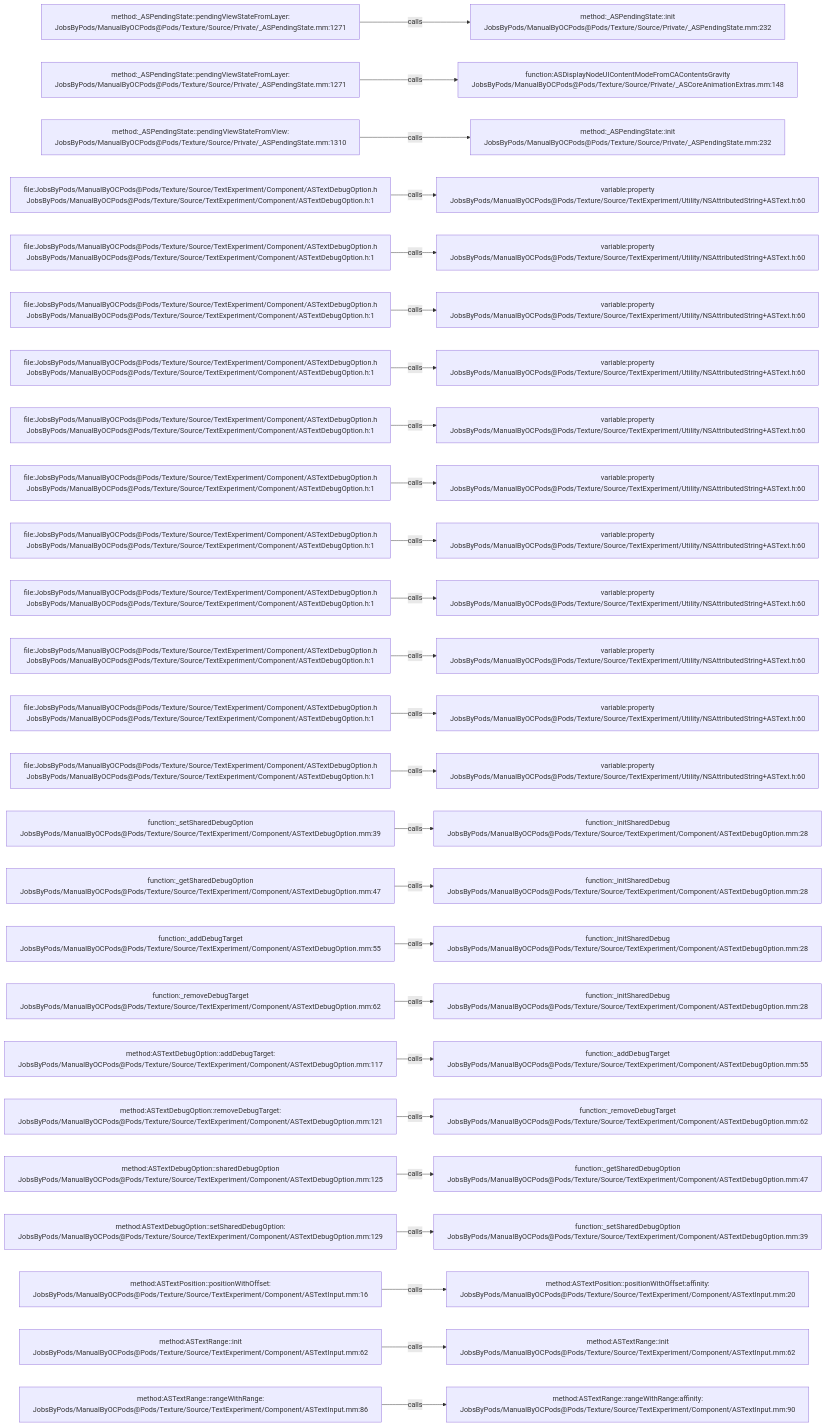
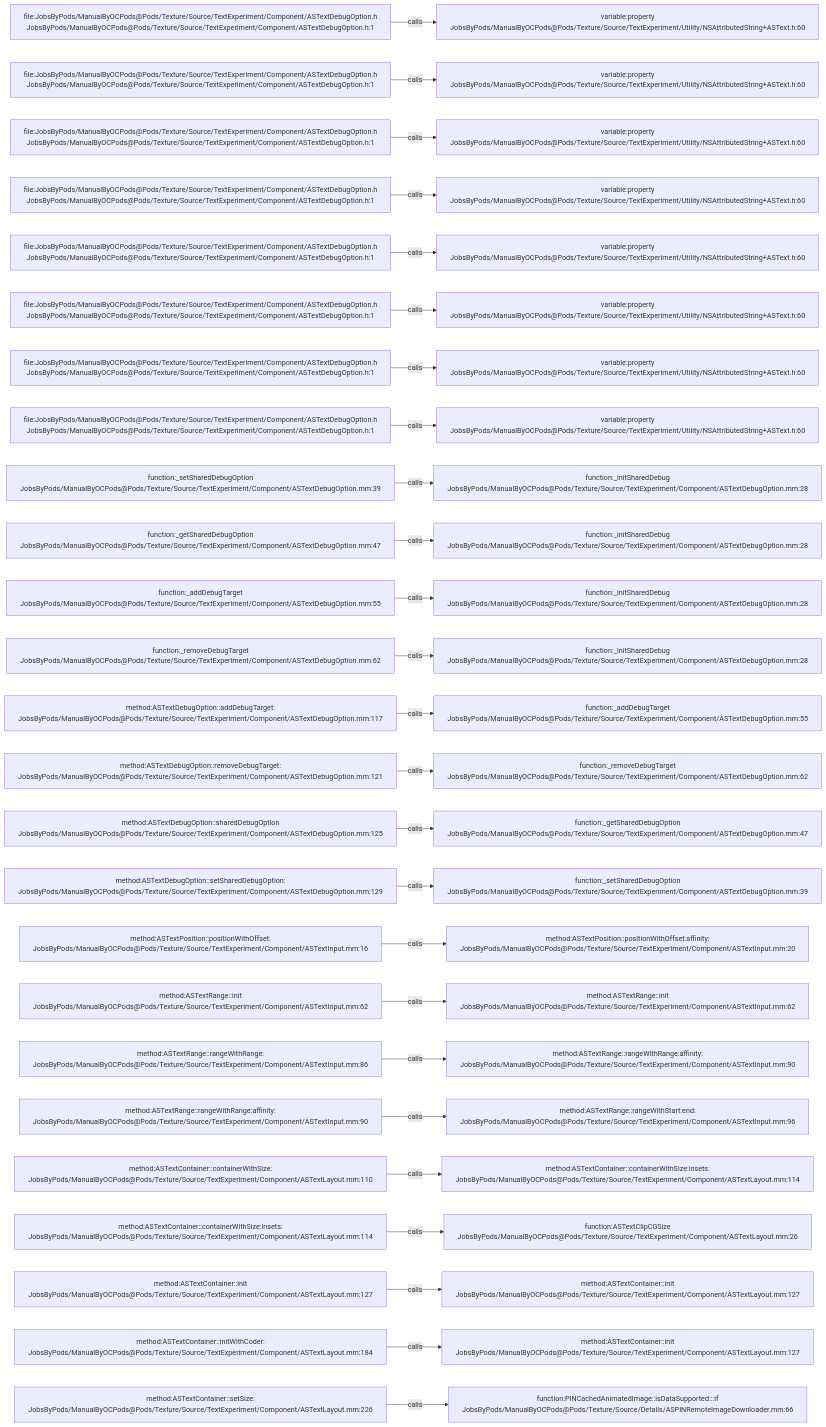
One commit to JobsKits/JobsOCBaseConfigDemo changed the diagram in .codegraph/codegraph.md/graphs/calls-192.md. Above: the diagram before and after it, drawn with Mermaid. The commit also changed 666 other files, not shown here.

````diff
--- a/.codegraph/codegraph.md/graphs/calls-192.md
+++ b/.codegraph/codegraph.md/graphs/calls-192.md
@@ -13,78 +13,78 @@
 ```mermaid
 flowchart LR
-  S1["method:_ASPendingState::pendingViewStateFromLayer:<br/>JobsByPods/ManualByOCPods@Pods/Texture/Source/Private/_ASPendingState.mm:1271"]
-  T1["method:_ASPendingState::init<br/>JobsByPods/ManualByOCPods@Pods/Texture/Source/Private/_ASPendingState.mm:232"]
+  S1["file:JobsByPods/ManualByOCPods@Pods/Texture/Source/TextExperiment/Component/ASTextDebugOption.h<br/>JobsByPods/ManualByOCPods@Pods/Texture/Source/TextExperiment/Component/ASTextDebugOption.h:1"]
+  T1["variable:property<br/>JobsByPods/ManualByOCPods@Pods/Texture/Source/TextExperiment/Utility/NSAttributedString+ASText.h:60"]
   S1 -->|calls| T1
-  S2["method:_ASPendingState::pendingViewStateFromLayer:<br/>JobsByPods/ManualByOCPods@Pods/Texture/Source/Private/_ASPendingState.mm:1271"]
-  T2["function:ASDisplayNodeUIContentModeFromCAContentsGravity<br/>JobsByPods/ManualByOCPods@Pods/Texture/Source/Private/_ASCoreAnimationExtras.mm:148"]
+  S2["file:JobsByPods/ManualByOCPods@Pods/Texture/Source/TextExperiment/Component/ASTextDebugOption.h<br/>JobsByPods/ManualByOCPods@Pods/Texture/Source/TextExperiment/Component/ASTextDebugOption.h:1"]
+  T2["variable:property<br/>JobsByPods/ManualByOCPods@Pods/Texture/Source/TextExperiment/Utility/NSAttributedString+ASText.h:60"]
   S2 -->|calls| T2
-  S3["method:_ASPendingState::pendingViewStateFromView:<br/>JobsByPods/ManualByOCPods@Pods/Texture/Source/Private/_ASPendingState.mm:1310"]
-  T3["method:_ASPendingState::init<br/>JobsByPods/ManualByOCPods@Pods/Texture/Source/Private/_ASPendingState.mm:232"]
+  S3["file:JobsByPods/ManualByOCPods@Pods/Texture/Source/TextExperiment/Component/ASTextDebugOption.h<br/>JobsByPods/ManualByOCPods@Pods/Texture/Source/TextExperiment/Component/ASTextDebugOption.h:1"]
+  T3["variable:property<br/>JobsByPods/ManualByOCPods@Pods/Texture/Source/TextExperiment/Utility/NSAttributedString+ASText.h:60"]
   S3 -->|calls| T3
   S4["file:JobsByPods/ManualByOCPods@Pods/Texture/Source/TextExperiment/Component/ASTextDebugOption.h<br/>JobsByPods/ManualByOCPods@Pods/Texture/Source/TextExperiment/Component/ASTextDebugOption.h:1"]
   T4["variable:property<br/>JobsByPods/ManualByOCPods@Pods/Texture/Source/TextExperiment/Utility/NSAttributedString+ASText.h:60"]
   S4 -->|calls| T4
   S5["file:JobsByPods/ManualByOCPods@Pods/Texture/Source/TextExperiment/Component/ASTextDebugOption.h<br/>JobsByPods/ManualByOCPods@Pods/Texture/Source/TextExperiment/Component/ASTextDebugOption.h:1"]
   T5["variable:property<br/>JobsByPods/ManualByOCPods@Pods/Texture/Source/TextExperiment/Utility/NSAttributedString+ASText.h:60"]
   S5 -->|calls| T5
   S6["file:JobsByPods/ManualByOCPods@Pods/Texture/Source/TextExperiment/Component/ASTextDebugOption.h<br/>JobsByPods/ManualByOCPods@Pods/Texture/Source/TextExperiment/Component/ASTextDebugOption.h:1"]
   T6["variable:property<br/>JobsByPods/ManualByOCPods@Pods/Texture/Source/TextExperiment/Utility/NSAttributedString+ASText.h:60"]
   S6 -->|calls| T6
   S7["file:JobsByPods/ManualByOCPods@Pods/Texture/Source/TextExperiment/Component/ASTextDebugOption.h<br/>JobsByPods/ManualByOCPods@Pods/Texture/Source/TextExperiment/Component/ASTextDebugOption.h:1"]
   T7["variable:property<br/>JobsByPods/ManualByOCPods@Pods/Texture/Source/TextExperiment/Utility/NSAttributedString+ASText.h:60"]
   S7 -->|calls| T7
   S8["file:JobsByPods/ManualByOCPods@Pods/Texture/Source/TextExperiment/Component/ASTextDebugOption.h<br/>JobsByPods/ManualByOCPods@Pods/Texture/Source/TextExperiment/Component/ASTextDebugOption.h:1"]
   T8["variable:property<br/>JobsByPods/ManualByOCPods@Pods/Texture/Source/TextExperiment/Utility/NSAttributedString+ASText.h:60"]
   S8 -->|calls| T8
-  S9["file:JobsByPods/ManualByOCPods@Pods/Texture/Source/TextExperiment/Component/ASTextDebugOption.h<br/>JobsByPods/ManualByOCPods@Pods/Texture/Source/TextExperiment/Component/ASTextDebugOption.h:1"]
-  T9["variable:property<br/>JobsByPods/ManualByOCPods@Pods/Texture/Source/TextExperiment/Utility/NSAttributedString+ASText.h:60"]
+  S9["function:_setSharedDebugOption<br/>JobsByPods/ManualByOCPods@Pods/Texture/Source/TextExperiment/Component/ASTextDebugOption.mm:39"]
+  T9["function:_initSharedDebug<br/>JobsByPods/ManualByOCPods@Pods/Texture/Source/TextExperiment/Component/ASTextDebugOption.mm:28"]
   S9 -->|calls| T9
-  S10["file:JobsByPods/ManualByOCPods@Pods/Texture/Source/TextExperiment/Component/ASTextDebugOption.h<br/>JobsByPods/ManualByOCPods@Pods/Texture/Source/TextExperiment/Component/ASTextDebugOption.h:1"]
-  T10["variable:property<br/>JobsByPods/ManualByOCPods@Pods/Texture/Source/TextExperiment/Utility/NSAttributedString+ASText.h:60"]
+  S10["function:_getSharedDebugOption<br/>JobsByPods/ManualByOCPods@Pods/Texture/Source/TextExperiment/Component/ASTextDebugOption.mm:47"]
+  T10["function:_initSharedDebug<br/>JobsByPods/ManualByOCPods@Pods/Texture/Source/TextExperiment/Component/ASTextDebugOption.mm:28"]
   S10 -->|calls| T10
-  S11["file:JobsByPods/ManualByOCPods@Pods/Texture/Source/TextExperiment/Component/ASTextDebugOption.h<br/>JobsByPods/ManualByOCPods@Pods/Texture/Source/TextExperiment/Component/ASTextDebugOption.h:1"]
-  T11["variable:property<br/>JobsByPods/ManualByOCPods@Pods/Texture/Source/TextExperiment/Utility/NSAttributedString+ASText.h:60"]
+  S11["function:_addDebugTarget<br/>JobsByPods/ManualByOCPods@Pods/Texture/Source/TextExperiment/Component/ASTextDebugOption.mm:55"]
+  T11["function:_initSharedDebug<br/>JobsByPods/ManualByOCPods@Pods/Texture/Source/TextExperiment/Component/ASTextDebugOption.mm:28"]
   S11 -->|calls| T11
-  S12["file:JobsByPods/ManualByOCPods@Pods/Texture/Source/TextExperiment/Component/ASTextDebugOption.h<br/>JobsByPods/ManualByOCPods@Pods/Texture/Source/TextExperiment/Component/ASTextDebugOption.h:1"]
-  T12["variable:property<br/>JobsByPods/ManualByOCPods@Pods/Texture/Source/TextExperiment/Utility/NSAttributedString+ASText.h:60"]
+  S12["function:_removeDebugTarget<br/>JobsByPods/ManualByOCPods@Pods/Texture/Source/TextExperiment/Component/ASTextDebugOption.mm:62"]
+  T12["function:_initSharedDebug<br/>JobsByPods/ManualByOCPods@Pods/Texture/Source/TextExperiment/Component/ASTextDebugOption.mm:28"]
   S12 -->|calls| T12
-  S13["file:JobsByPods/ManualByOCPods@Pods/Texture/Source/TextExperiment/Component/ASTextDebugOption.h<br/>JobsByPods/ManualByOCPods@Pods/Texture/Source/TextExperiment/Component/ASTextDebugOption.h:1"]
-  T13["variable:property<br/>JobsByPods/ManualByOCPods@Pods/Texture/Source/TextExperiment/Utility/NSAttributedString+ASText.h:60"]
+  S13["method:ASTextDebugOption::addDebugTarget:<br/>JobsByPods/ManualByOCPods@Pods/Texture/Source/TextExperiment/Component/ASTextDebugOption.mm:117"]
+  T13["function:_addDebugTarget<br/>JobsByPods/ManualByOCPods@Pods/Texture/Source/TextExperiment/Component/ASTextDebugOption.mm:55"]
   S13 -->|calls| T13
-  S14["file:JobsByPods/ManualByOCPods@Pods/Texture/Source/TextExperiment/Component/ASTextDebugOption.h<br/>JobsByPods/ManualByOCPods@Pods/Texture/Source/TextExperiment/Component/ASTextDebugOption.h:1"]
-  T14["variable:property<br/>JobsByPods/ManualByOCPods@Pods/Texture/Source/TextExperiment/Utility/NSAttributedString+ASText.h:60"]
+  S14["method:ASTextDebugOption::removeDebugTarget:<br/>JobsByPods/ManualByOCPods@Pods/Texture/Source/TextExperiment/Component/ASTextDebugOption.mm:121"]
+  T14["function:_removeDebugTarget<br/>JobsByPods/ManualByOCPods@Pods/Texture/Source/TextExperiment/Component/ASTextDebugOption.mm:62"]
   S14 -->|calls| T14
-  S15["function:_setSharedDebugOption<br/>JobsByPods/ManualByOCPods@Pods/Texture/Source/TextExperiment/Component/ASTextDebugOption.mm:39"]
-  T15["function:_initSharedDebug<br/>JobsByPods/ManualByOCPods@Pods/Texture/Source/TextExperiment/Component/ASTextDebugOption.mm:28"]
+  S15["method:ASTextDebugOption::sharedDebugOption<br/>JobsByPods/ManualByOCPods@Pods/Texture/Source/TextExperiment/Component/ASTextDebugOption.mm:125"]
+  T15["function:_getSharedDebugOption<br/>JobsByPods/ManualByOCPods@Pods/Texture/Source/TextExperiment/Component/ASTextDebugOption.mm:47"]
   S15 -->|calls| T15
-  S16["function:_getSharedDebugOption<br/>JobsByPods/ManualByOCPods@Pods/Texture/Source/TextExperiment/Component/ASTextDebugOption.mm:47"]
-  T16["function:_initSharedDebug<br/>JobsByPods/ManualByOCPods@Pods/Texture/Source/TextExperiment/Component/ASTextDebugOption.mm:28"]
+  S16["method:ASTextDebugOption::setSharedDebugOption:<br/>JobsByPods/ManualByOCPods@Pods/Texture/Source/TextExperiment/Component/ASTextDebugOption.mm:129"]
+  T16["function:_setSharedDebugOption<br/>JobsByPods/ManualByOCPods@Pods/Texture/Source/TextExperiment/Component/ASTextDebugOption.mm:39"]
   S16 -->|calls| T16
-  S17["function:_addDebugTarget<br/>JobsByPods/ManualByOCPods@Pods/Texture/Source/TextExperiment/Component/ASTextDebugOption.mm:55"]
-  T17["function:_initSharedDebug<br/>JobsByPods/ManualByOCPods@Pods/Texture/Source/TextExperiment/Component/ASTextDebugOption.mm:28"]
+  S17["method:ASTextPosition::positionWithOffset:<br/>JobsByPods/ManualByOCPods@Pods/Texture/Source/TextExperiment/Component/ASTextInput.mm:16"]
+  T17["method:ASTextPosition::positionWithOffset:affinity:<br/>JobsByPods/ManualByOCPods@Pods/Texture/Source/TextExperiment/Component/ASTextInput.mm:20"]
   S17 -->|calls| T17
-  S18["function:_removeDebugTarget<br/>JobsByPods/ManualByOCPods@Pods/Texture/Source/TextExperiment/Component/ASTextDebugOption.mm:62"]
-  T18["function:_initSharedDebug<br/>JobsByPods/ManualByOCPods@Pods/Texture/Source/TextExperiment/Component/ASTextDebugOption.mm:28"]
+  S18["method:ASTextRange::init<br/>JobsByPods/ManualByOCPods@Pods/Texture/Source/TextExperiment/Component/ASTextInput.mm:62"]
+  T18["method:ASTextRange::init<br/>JobsByPods/ManualByOCPods@Pods/Texture/Source/TextExperiment/Component/ASTextInput.mm:62"]
   S18 -->|calls| T18
-  S19["method:ASTextDebugOption::addDebugTarget:<br/>JobsByPods/ManualByOCPods@Pods/Texture/Source/TextExperiment/Component/ASTextDebugOption.mm:117"]
-  T19["function:_addDebugTarget<br/>JobsByPods/ManualByOCPods@Pods/Texture/Source/TextExperiment/Component/ASTextDebugOption.mm:55"]
+  S19["method:ASTextRange::rangeWithRange:<br/>JobsByPods/ManualByOCPods@Pods/Texture/Source/TextExperiment/Component/ASTextInput.mm:86"]
+  T19["method:ASTextRange::rangeWithRange:affinity:<br/>JobsByPods/ManualByOCPods@Pods/Texture/Source/TextExperiment/Component/ASTextInput.mm:90"]
   S19 -->|calls| T19
-  S20["method:ASTextDebugOption::removeDebugTarget:<br/>JobsByPods/ManualByOCPods@Pods/Texture/Source/TextExperiment/Component/ASTextDebugOption.mm:121"]
-  T20["function:_removeDebugTarget<br/>JobsByPods/ManualByOCPods@Pods/Texture/Source/TextExperiment/Component/ASTextDebugOption.mm:62"]
+  S20["method:ASTextRange::rangeWithRange:affinity:<br/>JobsByPods/ManualByOCPods@Pods/Texture/Source/TextExperiment/Component/ASTextInput.mm:90"]
+  T20["method:ASTextRange::rangeWithStart:end:<br/>JobsByPods/ManualByOCPods@Pods/Texture/Source/TextExperiment/Component/ASTextInput.mm:96"]
   S20 -->|calls| T20
-  S21["method:ASTextDebugOption::sharedDebugOption<br/>JobsByPods/ManualByOCPods@Pods/Texture/Source/TextExperiment/Component/ASTextDebugOption.mm:125"]
-  T21["function:_getSharedDebugOption<br/>JobsByPods/ManualByOCPods@Pods/Texture/Source/TextExperiment/Component/ASTextDebugOption.mm:47"]
+  S21["method:ASTextContainer::containerWithSize:<br/>JobsByPods/ManualByOCPods@Pods/Texture/Source/TextExperiment/Component/ASTextLayout.mm:110"]
+  T21["method:ASTextContainer::containerWithSize:insets:<br/>JobsByPods/ManualByOCPods@Pods/Texture/Source/TextExperiment/Component/ASTextLayout.mm:114"]
   S21 -->|calls| T21
-  S22["method:ASTextDebugOption::setSharedDebugOption:<br/>JobsByPods/ManualByOCPods@Pods/Texture/Source/TextExperiment/Component/ASTextDebugOption.mm:129"]
-  T22["function:_setSharedDebugOption<br/>JobsByPods/ManualByOCPods@Pods/Texture/Source/TextExperiment/Component/ASTextDebugOption.mm:39"]
+  S22["method:ASTextContainer::containerWithSize:insets:<br/>JobsByPods/ManualByOCPods@Pods/Texture/Source/TextExperiment/Component/ASTextLayout.mm:114"]
+  T22["function:ASTextClipCGSize<br/>JobsByPods/ManualByOCPods@Pods/Texture/Source/TextExperiment/Component/ASTextLayout.mm:26"]
   S22 -->|calls| T22
-  S23["method:ASTextPosition::positionWithOffset:<br/>JobsByPods/ManualByOCPods@Pods/Texture/Source/TextExperiment/Component/ASTextInput.mm:16"]
-  T23["method:ASTextPosition::positionWithOffset:affinity:<br/>JobsByPods/ManualByOCPods@Pods/Texture/Source/TextExperiment/Component/ASTextInput.mm:20"]
+  S23["method:ASTextContainer::init<br/>JobsByPods/ManualByOCPods@Pods/Texture/Source/TextExperiment/Component/ASTextLayout.mm:127"]
+  T23["method:ASTextContainer::init<br/>JobsByPods/ManualByOCPods@Pods/Texture/Source/TextExperiment/Component/ASTextLayout.mm:127"]
   S23 -->|calls| T23
-  S24["method:ASTextRange::init<br/>JobsByPods/ManualByOCPods@Pods/Texture/Source/TextExperiment/Component/ASTextInput.mm:62"]
-  T24["method:ASTextRange::init<br/>JobsByPods/ManualByOCPods@Pods/Texture/Source/TextExperiment/Component/ASTextInput.mm:62"]
+  S24["method:ASTextContainer::initWithCoder:<br/>JobsByPods/ManualByOCPods@Pods/Texture/Source/TextExperiment/Component/ASTextLayout.mm:184"]
+  T24["method:ASTextContainer::init<br/>JobsByPods/ManualByOCPods@Pods/Texture/Source/TextExperiment/Component/ASTextLayout.mm:127"]
   S24 -->|calls| T24
-  S25["method:ASTextRange::rangeWithRange:<br/>JobsByPods/ManualByOCPods@Pods/Texture/Source/TextExperiment/Component/ASTextInput.mm:86"]
-  T25["method:ASTextRange::rangeWithRange:affinity:<br/>JobsByPods/ManualByOCPods@Pods/Texture/Source/TextExperiment/Component/ASTextInput.mm:90"]
+  S25["method:ASTextContainer::setSize:<br/>JobsByPods/ManualByOCPods@Pods/Texture/Source/TextExperiment/Component/ASTextLayout.mm:226"]
+  T25["function:PINCachedAnimatedImage::isDataSupported:::if<br/>JobsByPods/ManualByOCPods@Pods/Texture/Source/Details/ASPINRemoteImageDownloader.mm:66"]
   S25 -->|calls| T25
 ```
````
